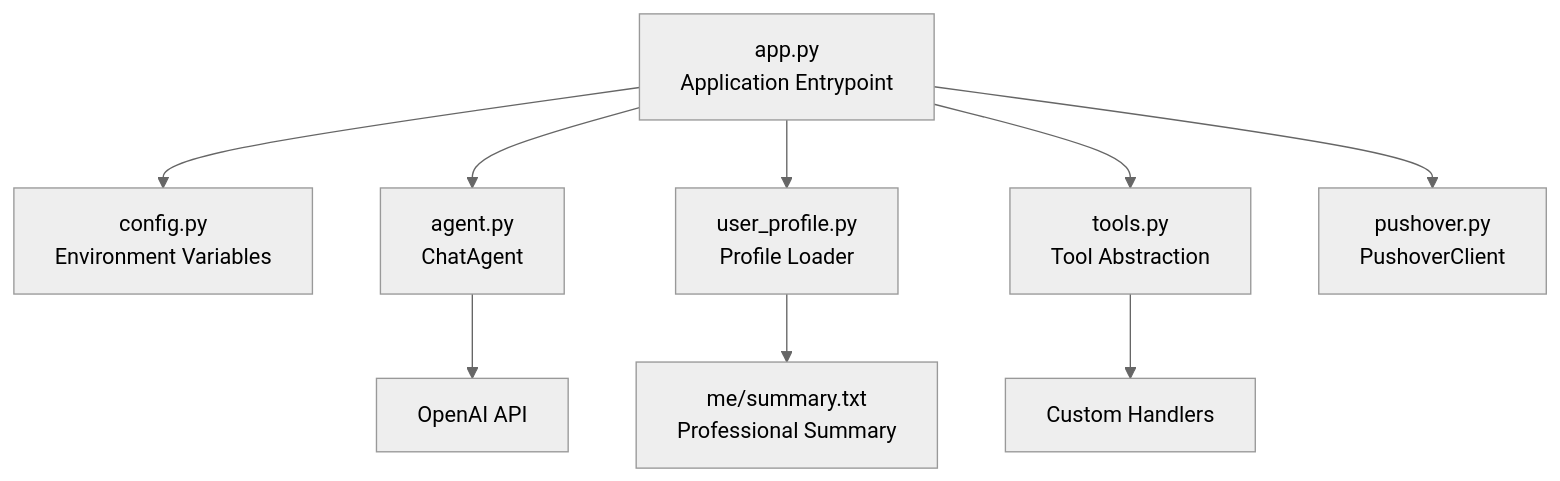
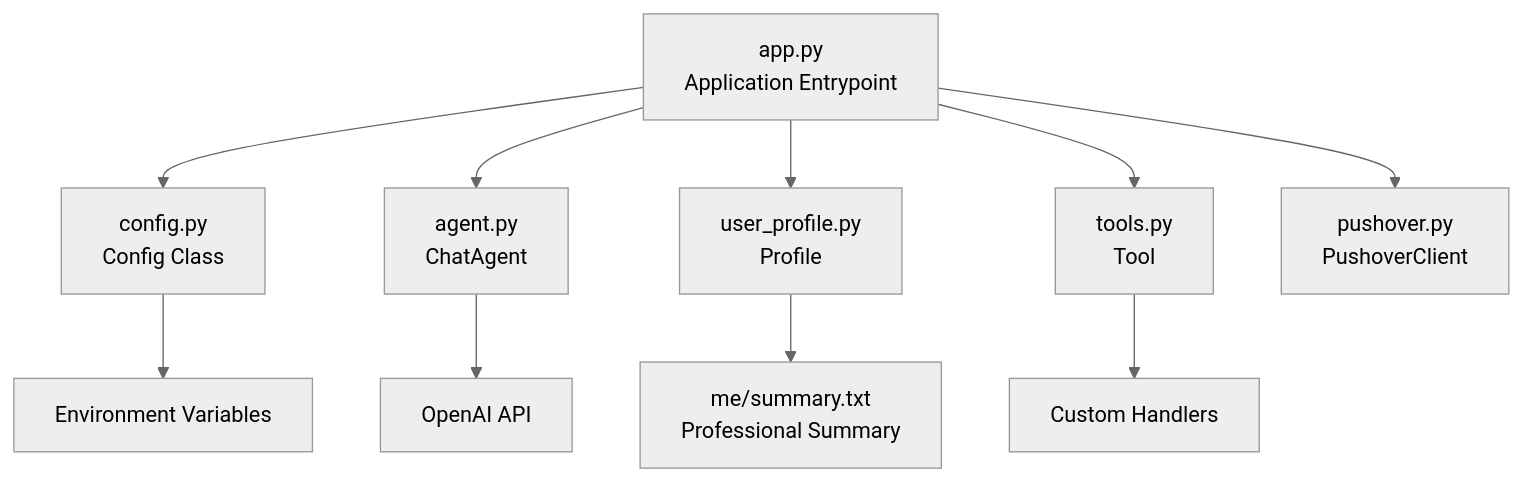
One commit to jessedatawiz/professional-alter-ego changed the first of 4 diagrams in .qoder/repowiki/en/content/Development Guide/Development Guide.md. Above: the diagram before and after it, drawn with Mermaid (neutral theme). The commit also changed other lines of this file and 3 other files, not shown here.

````diff
--- a/.qoder/repowiki/en/content/Development Guide/Development Guide.md
+++ b/.qoder/repowiki/en/content/Development Guide/Development Guide.md
@@ -54,11 +63,12 @@
 ```mermaid
 graph TB
-App["app.py<br/>Application Entrypoint"] --> Config["config.py<br/>Environment Variables"]
+App["app.py<br/>Application Entrypoint"] --> Config["config.py<br/>Config Class"]
 App --> Agent["agent.py<br/>ChatAgent"]
-App --> Profile["user_profile.py<br/>Profile Loader"]
-App --> Tools["tools.py<br/>Tool Abstraction"]
+App --> Profile["user_profile.py<br/>Profile"]
+App --> Tools["tools.py<br/>Tool"]
 App --> Pushover["pushover.py<br/>PushoverClient"]
 Agent --> OpenAI["OpenAI API"]
 Tools --> Handler["Custom Handlers"]
 Profile --> Summary["me/summary.txt<br/>Professional Summary"]
+Config --> Env["Environment Variables"]
 ```
````
